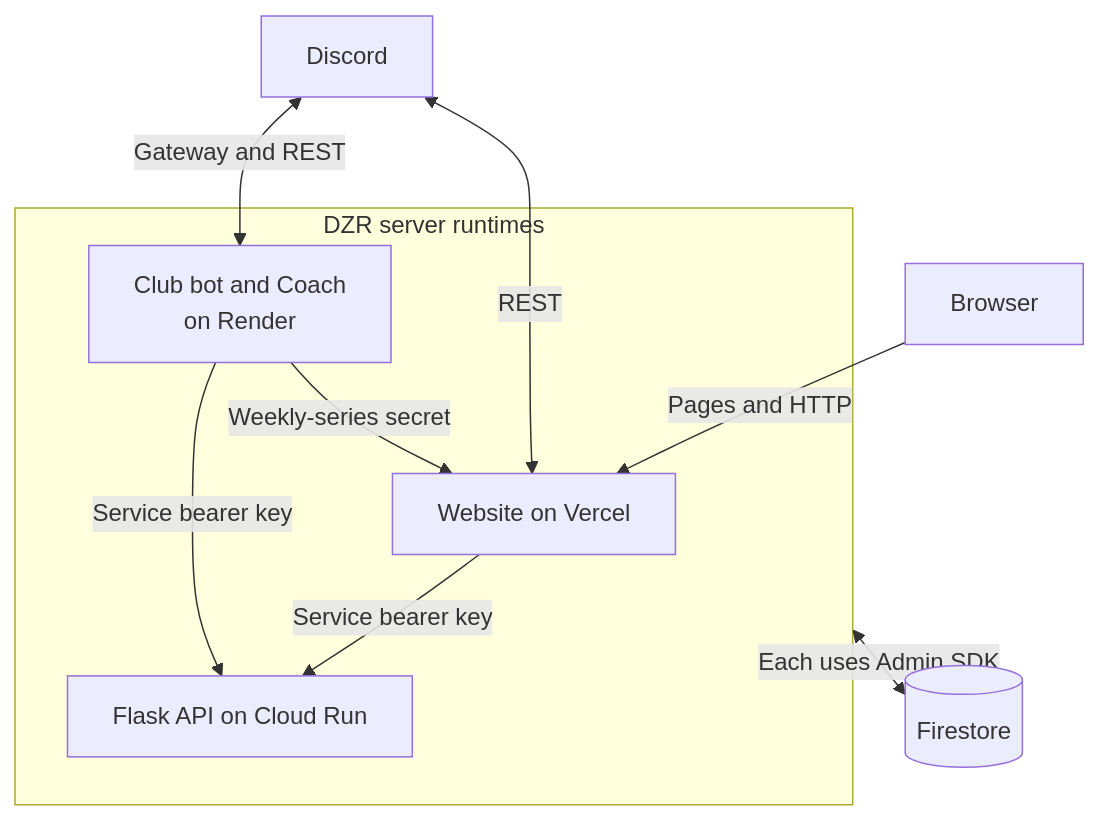
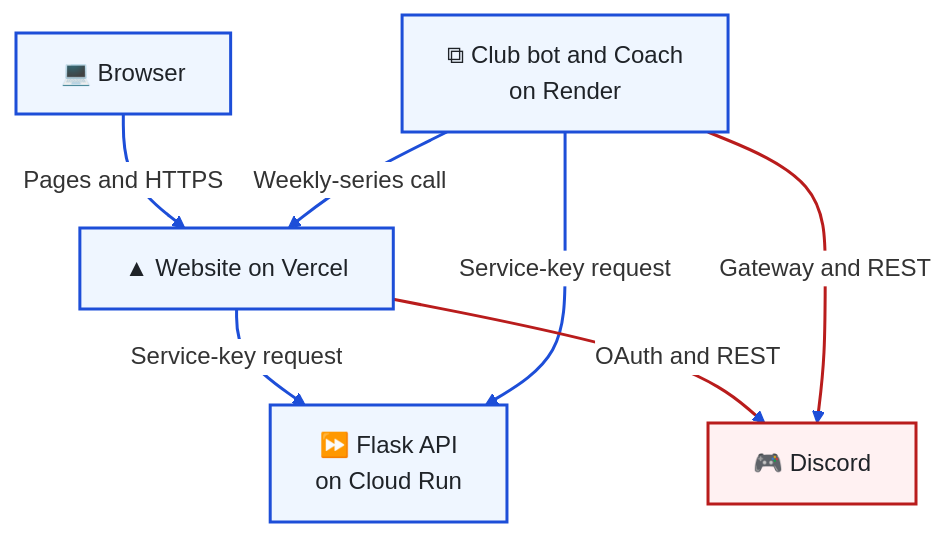
The second of 2 diagrams in docs/architecture/overview.md (T00few2/dzr), drawn with Mermaid before and after one commit. The commit also changed other lines of this file and 15 other files, not shown here.

First line of the commit message:
docs: standardize Mermaid notation and map the technology stack

````diff
--- a/docs/architecture/overview.md
+++ b/docs/architecture/overview.md
@@ -30,15 +58,24 @@
 ```mermaid
+---
+config:
+  theme: base
+  themeVariables:
+    edgeLabelBackground: '#ffffff'
+  flowchart:
+    padding: 15
+    nodeSpacing: 35
+    rankSpacing: 40
+---
 flowchart TB
-    browser[Browser] -->|Pages and HTTP| web
-    discord[Discord] <-->|REST| web
-    discord <-->|Gateway and REST| bot
-    subgraph runtimes[DZR server runtimes]
-        web[Website on Vercel]
-        bot[Club bot and Coach<br/>on Render]
-        api[Flask API on Cloud Run]
-        web -->|Service bearer key| api
-        bot -->|Service bearer key| api
-        bot -->|Weekly-series secret| web
-    end
-    runtimes <-->|Each uses Admin SDK| db[(Firestore)]
+    browser["💻 Browser"] -->|Pages and HTTPS| web["▲ Website on Vercel"]
+    bot["⧉ Club bot and Coach<br/>on Render"] -->|Weekly-series call| web
+    web -->|Service-key request| api["⏩ Flask API<br/>on Cloud Run"]
+    bot -->|Service-key request| api
+    web -->|OAuth and REST| discord["🎮 Discord"]
+    bot -->|Gateway and REST| discord
+    classDef default fill:#eff6ff,stroke:#1d4ed8,stroke-width:2px,color:#1f2328
+    classDef external fill:#fff1f2,stroke:#b91c1c,stroke-width:2px,color:#1f2328
+    linkStyle default stroke:#1d4ed8,stroke-width:2px
+    class discord external
+    linkStyle 4,5 stroke:#b91c1c,stroke-width:2px
 ```
````
